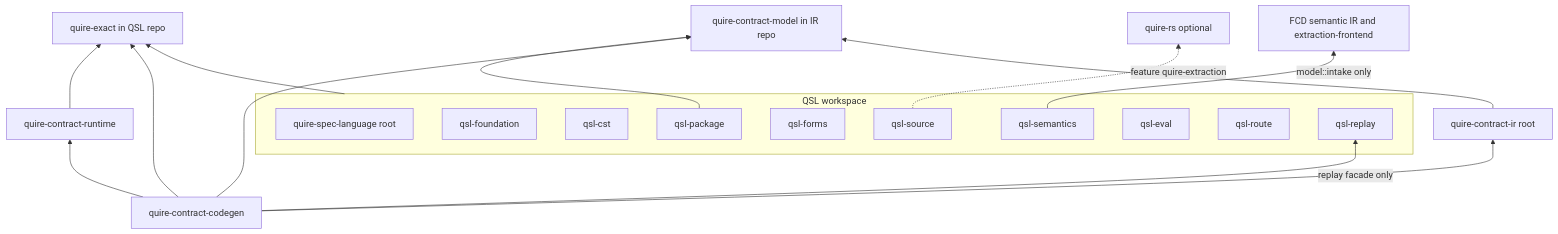
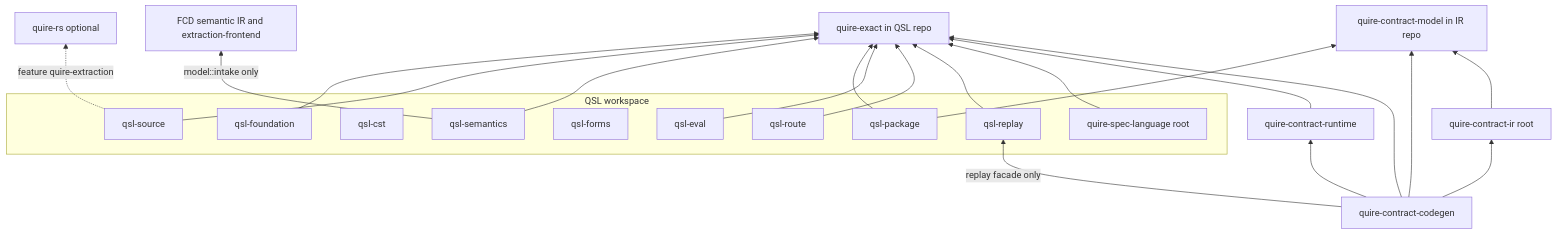
The second of 2 diagrams in spec/decisions/ADR-011-stage-dag-and-dependency-architecture.md (agent-ix/quire-spec-language), drawn with Mermaid before and after one commit. The commit also changed other lines of this file and 1 other file, not shown here.

````diff
--- a/spec/decisions/ADR-011-stage-dag-and-dependency-architecture.md
+++ b/spec/decisions/ADR-011-stage-dag-and-dependency-architecture.md
@@ -794,33 +796,33 @@
 ```mermaid
 flowchart BT
   QX[quire-exact in QSL repo]
   subgraph QSLW[QSL workspace]
     QSL[quire-spec-language root]
     QFO[qsl-foundation]
     QCS[qsl-cst]
     QSO[qsl-source]
     QFM[qsl-forms]
     QSE[qsl-semantics]
     QPK[qsl-package]
     QEV[qsl-eval]
     QRO[qsl-route]
     QRP[qsl-replay]
   end
   CM[quire-contract-model in IR repo]
   IR[quire-contract-ir root]
   RT[quire-contract-runtime]
   CG[quire-contract-codegen]
   FCD[FCD semantic IR and extraction-frontend]
   QRS[quire-rs optional]
-  QSLW --> QX
+  QFO & QSO & QSE & QPK & QEV & QRO & QRP & QSL --> QX
   QPK --> CM
   QSE -->|model::intake only| FCD
   QSO -.->|feature quire-extraction| QRS
   RT --> QX
   CG --> QX
   CG --> CM
   CG --> IR
   CG --> RT
   CG -->|replay facade only| QRP
   IR --> CM
 ```
````
